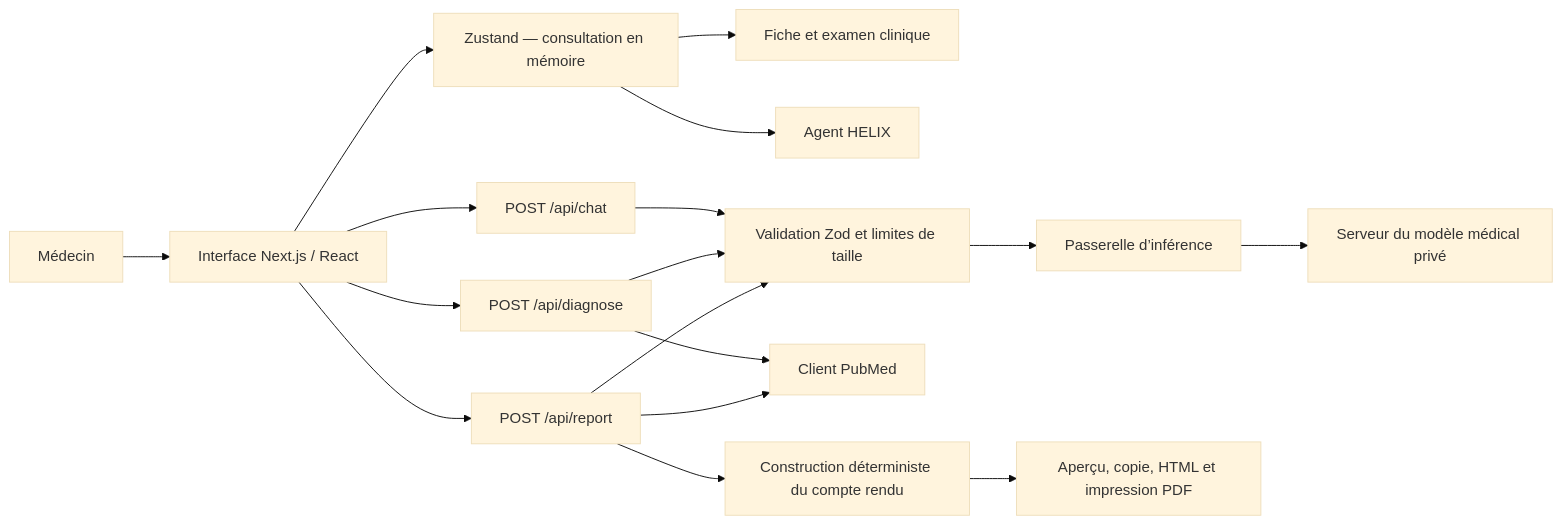
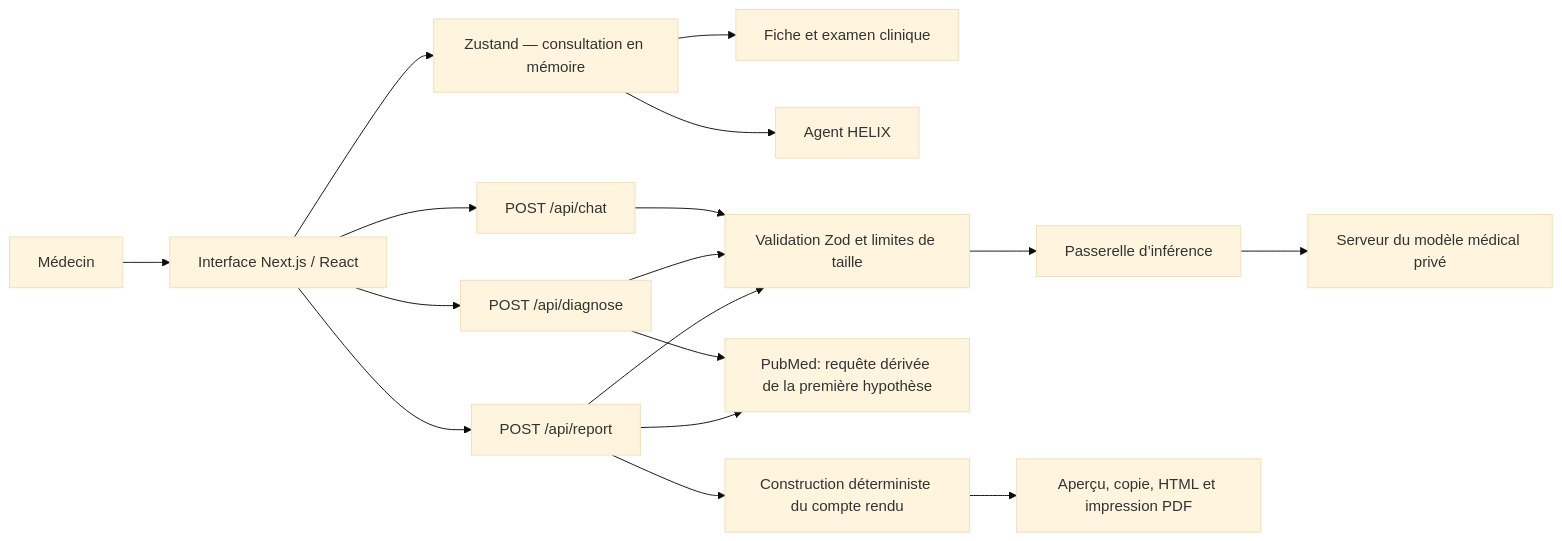
Before and after one commit to zadbox/helix-brain-health: the first of 2 diagrams in README.md, drawn with Mermaid (base theme). The commit also changed other lines of this file and 1 other file, not shown here.

````diff
--- a/README.md
+++ b/README.md
@@ -37,19 +37,19 @@
 ```mermaid
 flowchart LR
     U["Médecin"] --> UI["Interface Next.js / React"]
     UI --> STORE["Zustand — consultation en mémoire"]
     STORE --> FORM["Fiche et examen clinique"]
     STORE --> AGENT["Agent HELIX"]
     UI --> CHAT["POST /api/chat"]
     UI --> DIAG["POST /api/diagnose"]
     UI --> REPORT["POST /api/report"]
     CHAT --> VALID["Validation Zod et limites de taille"]
     DIAG --> VALID
     REPORT --> VALID
     VALID --> GATEWAY["Passerelle d’inférence"]
     GATEWAY --> MODEL["Serveur du modèle médical privé"]
-    DIAG --> PUBMED["Client PubMed"]
+    DIAG --> PUBMED["PubMed: requête dérivée de la première hypothèse"]
     REPORT --> PUBMED
     REPORT --> DOMAIN["Construction déterministe du compte rendu"]
     DOMAIN --> EXPORT["Aperçu, copie, HTML et impression PDF"]
 ```
````
